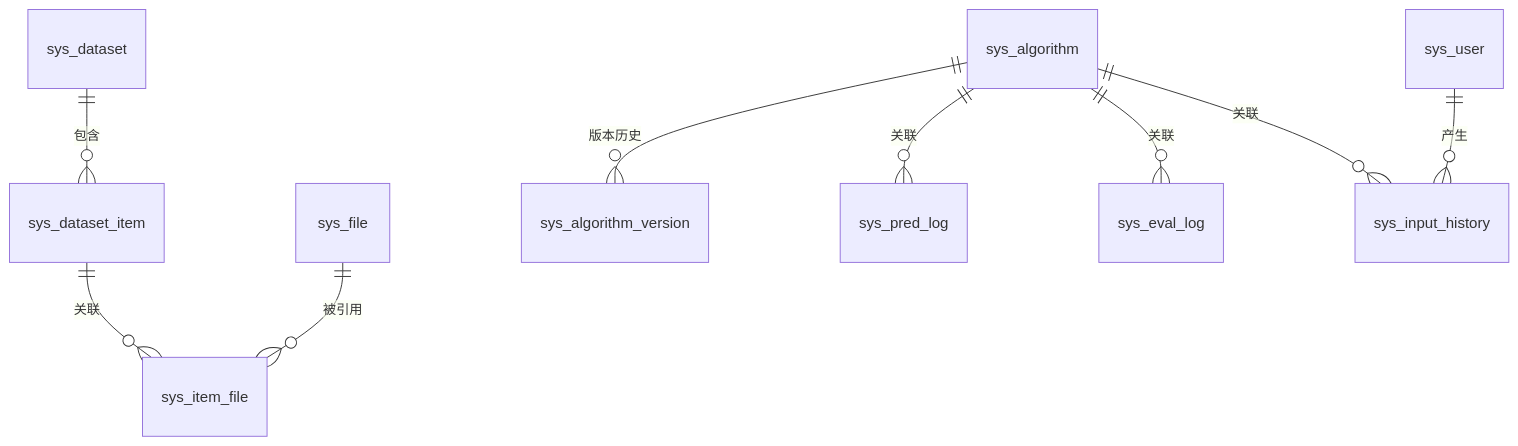
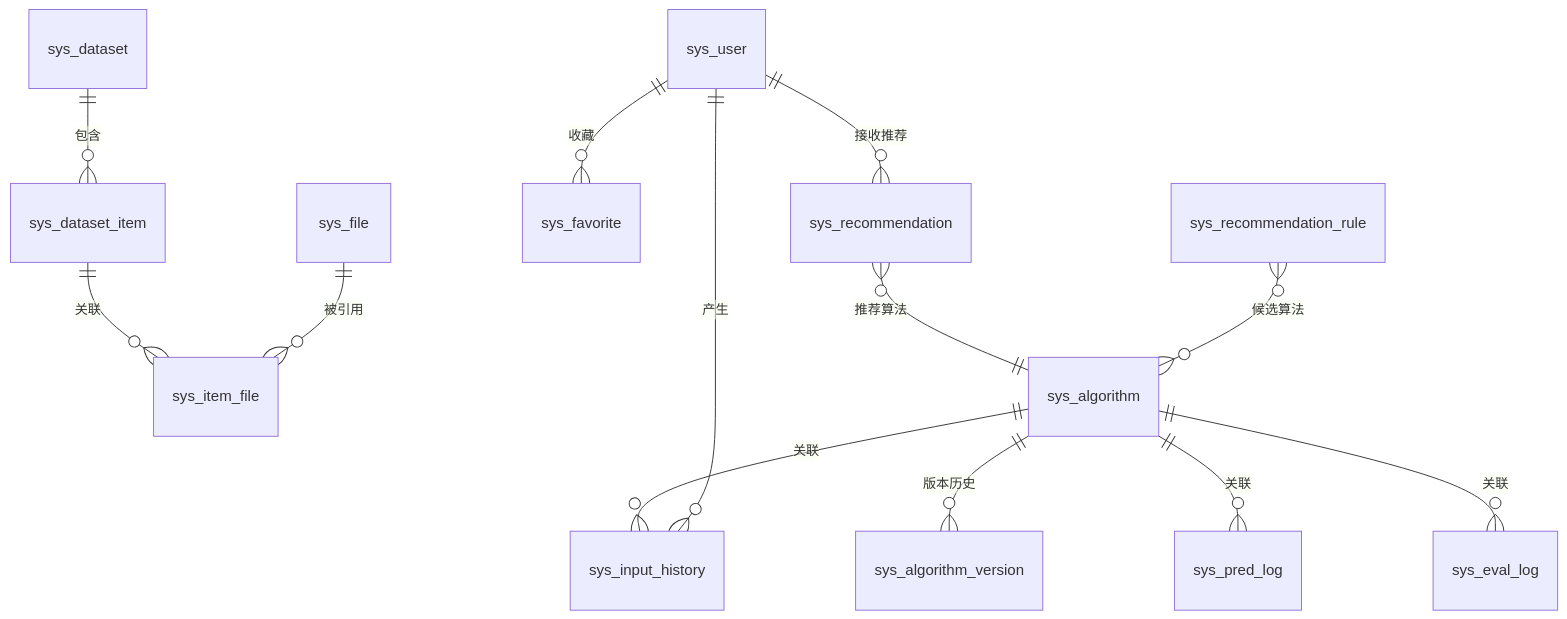
The third of 5 diagrams in dehaze-doc/docs/02-系统架构/03-数据库设计.md (earthy-zinc/dehaze-system), drawn with Mermaid before and after one commit. The commit also changed other lines of this file and 755 other files, not shown here.

````diff
--- a/dehaze-doc/docs/02-系统架构/03-数据库设计.md
+++ b/dehaze-doc/docs/02-系统架构/03-数据库设计.md
@@ -101,11 +101,15 @@
 ```mermaid
 erDiagram
     sys_dataset ||--o{ sys_dataset_item : "包含"
     sys_dataset_item ||--o{ sys_item_file : "关联"
     sys_file ||--o{ sys_item_file : "被引用"
     sys_algorithm ||--o{ sys_algorithm_version : "版本历史"
     sys_algorithm ||--o{ sys_pred_log : "关联"
     sys_algorithm ||--o{ sys_eval_log : "关联"
     sys_algorithm ||--o{ sys_input_history : "关联"
     sys_user ||--o{ sys_input_history : "产生"
+    sys_user ||--o{ sys_favorite : "收藏"
+    sys_user ||--o{ sys_recommendation : "接收推荐"
+    sys_recommendation }o--|| sys_algorithm : "推荐算法"
+    sys_recommendation_rule }o--o{ sys_algorithm : "候选算法"
 ```
````
